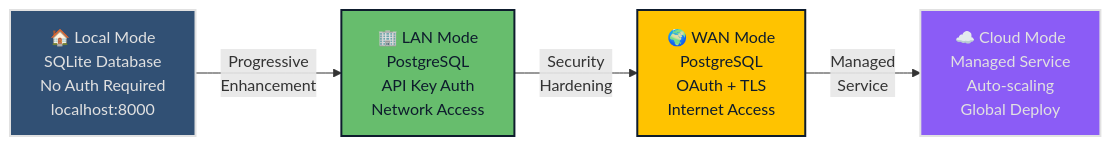
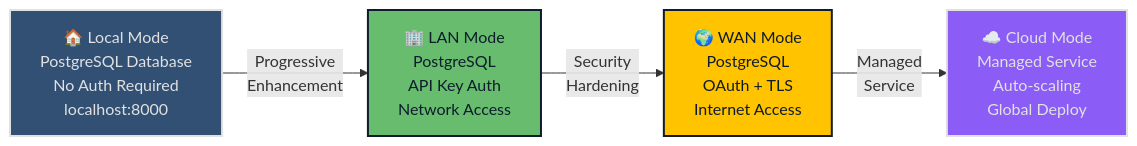
The second of 3 diagrams in docs/diagrams/system-architecture.md (giljoai/GiljoAI_MCP), drawn with Mermaid before and after one commit. The commit also changed other lines of this file and 154 other files, not shown here.

First line of the commit message:
Fix syntax errors in PostgreSQL migration test files

````diff
--- a/docs/diagrams/system-architecture.md
+++ b/docs/diagrams/system-architecture.md
@@ -113,17 +113,17 @@
 ```mermaid
 graph LR
     %% Define styles
     classDef local fill:#315074,stroke:#e1e1e1,stroke-width:2px,color:#e1e1e1
     classDef lan fill:#67bd6d,stroke:#0e1c2d,stroke-width:2px,color:#0e1c2d
     classDef wan fill:#ffc300,stroke:#0e1c2d,stroke-width:2px,color:#0e1c2d
     classDef cloud fill:#8b5cf6,stroke:#e1e1e1,stroke-width:2px,color:#e1e1e1
 
-    LOCAL["🏠 Local Mode<br/>SQLite Database<br/>No Auth Required<br/>localhost:8000"]:::local
+    LOCAL["🏠 Local Mode<br/>PostgreSQL Database<br/>No Auth Required<br/>localhost:8000"]:::local
     LAN["🏢 LAN Mode<br/>PostgreSQL<br/>API Key Auth<br/>Network Access"]:::lan
     WAN["🌍 WAN Mode<br/>PostgreSQL<br/>OAuth + TLS<br/>Internet Access"]:::wan
     CLOUD["☁️ Cloud Mode<br/>Managed Service<br/>Auto-scaling<br/>Global Deploy"]:::cloud
 
     LOCAL -->|Progressive<br/>Enhancement| LAN
     LAN -->|Security<br/>Hardening| WAN
     WAN -->|Managed<br/>Service| CLOUD
 ```
````
